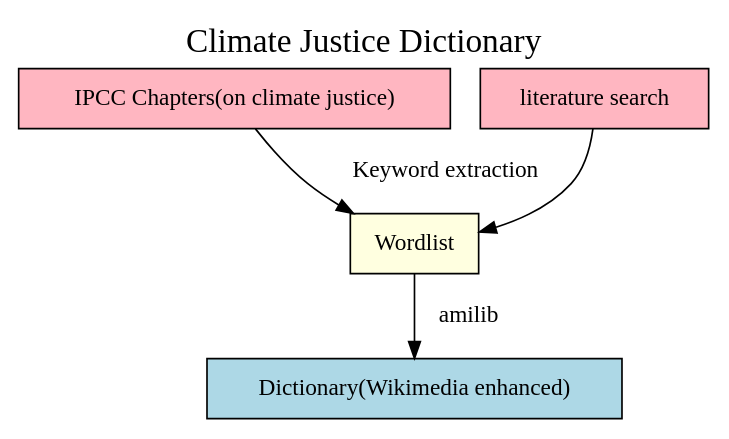
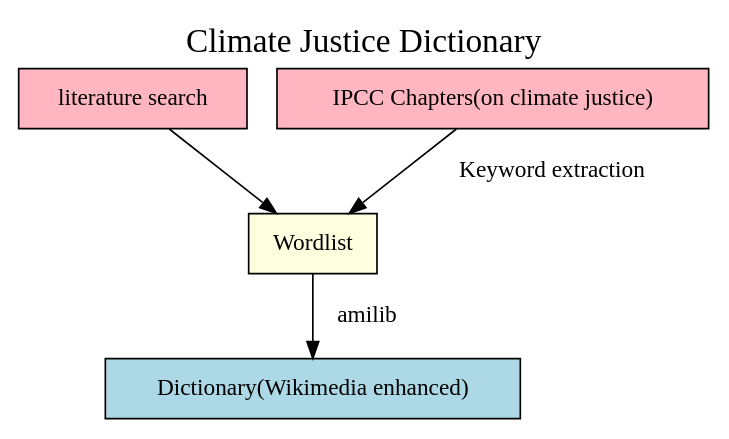
The diagram in graphviz/dictionary.dot (semanticClimate/JEP-article), drawn with Graphviz before and after one commit. The commit also changed 5 other files, not shown here.

Commit message:
Add initial Graphviz files

```diff
--- a/graphviz/dictionary.dot
+++ b/graphviz/dictionary.dot
@@ -1,20 +1,21 @@
 digraph SemanticTools {
     label="Climate Justice Dictionary";
     labelloc="t";  // Positions the label at the top
     fontsize=20;   // Sets the font size of the title
 	
     // Define node styles
     node [shape=box style=filled];
 
     // Nodes with specific labels
-    "IPCC Chapters(on climate justice)" [label="IPCC Chapters(on climate justice)" fillcolor=lightpink];
+    "literature search" [label="literature search" fillcolor=lightpink];
 	Wordlist [label="Wordlist" fillcolor=lightyellow];
 	"Dictionary(Wikimedia enhanced)" [label="Dictionary(Wikimedia enhanced)" fillcolor=lightblue];
-	"literature search" [label="literature search" fillcolor=lightpink];
+	"IPCC Chapters(on climate justice)" [label="IPCC Chapters(on climate justice)" fillcolor=lightpink];
+	
       
     // Define edges
-    "IPCC Chapters(on climate justice)" -> Wordlist [color=black , label="   Keyword extraction "];
+   "literature search" -> Wordlist [color=black];
     Wordlist -> "Dictionary(Wikimedia enhanced)" [color=black , label="   amilib"];
-	"literature search" -> Wordlist [color=black]
-  
+   "IPCC Chapters(on climate justice)" -> Wordlist [color=black , label="   Keyword extraction "]
+
    }
```
